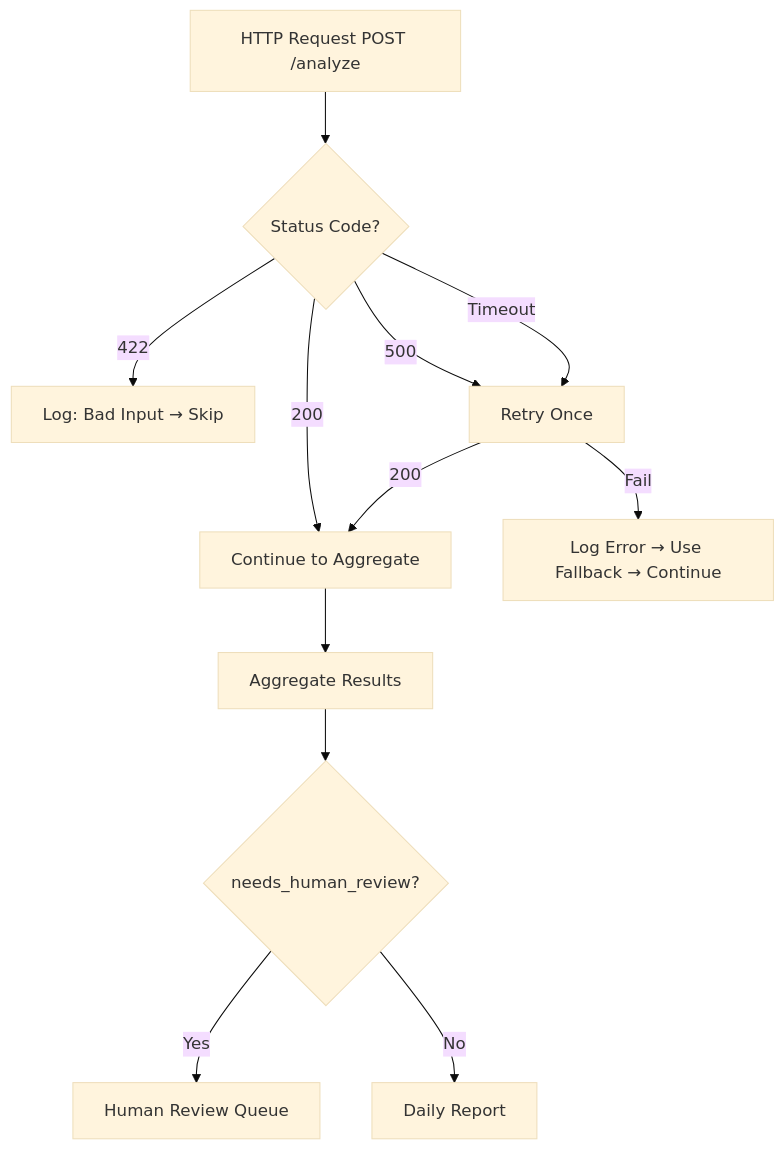
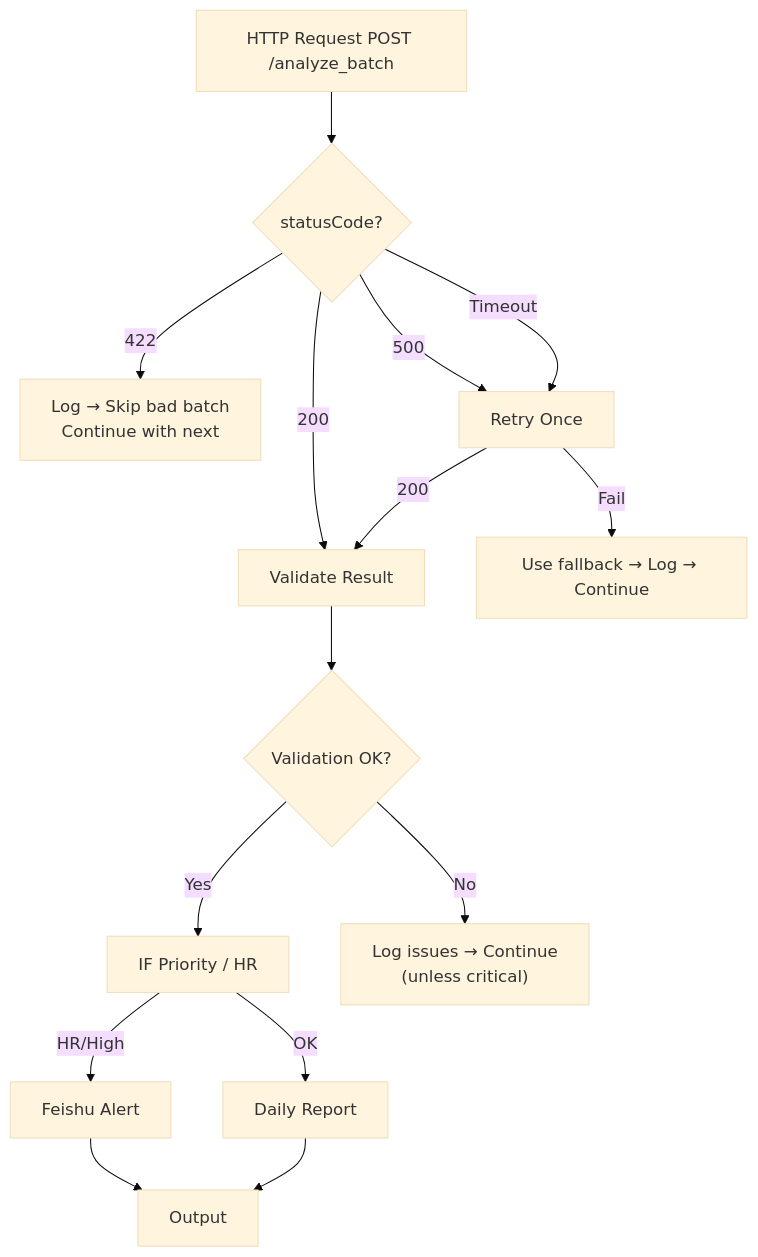
One commit to DGXSHDY1110/Ecommerce-Review-Agent changed the second of 2 diagrams in n8n/workflow_design.md. Above: the diagram before and after it, drawn with Mermaid (base theme). The commit also changed other lines of this file and 6 other files, not shown here.

````diff
--- a/n8n/workflow_design.md
+++ b/n8n/workflow_design.md
@@ -582,14 +530,17 @@
 ```mermaid
 graph TD
-    HTTP["HTTP Request POST /analyze"] --> CHECK{"Status Code?"}
-    CHECK -->|200| OK["Continue to Aggregate"]
-    CHECK -->|422| LOG422["Log: Bad Input → Skip"]
+    BATCH["HTTP Request POST /analyze_batch"] --> CHECK{"statusCode?"}
+    CHECK -->|200| VAL["Validate Result"]
+    CHECK -->|422| SKIP["Log → Skip bad batch<br/>Continue with next"]
     CHECK -->|500| RETRY["Retry Once"]
     CHECK -->|Timeout| RETRY
-    RETRY -->|200| OK
-    RETRY -->|Fail| FALLBACK["Log Error → Use Fallback → Continue"]
-    OK --> AGG["Aggregate Results"]
-    AGG --> HR{"needs_human_review?"}
-    HR -->|Yes| QUEUE["Human Review Queue"]
-    HR -->|No| REPORT["Daily Report"]
+    RETRY -->|200| VAL
+    RETRY -->|Fail| FB["Use fallback → Log → Continue"]
+    VAL --> VCHECK{"Validation OK?"}
+    VCHECK -->|Yes| IF["IF Priority / HR"]
+    VCHECK -->|No| LOG["Log issues → Continue<br/>(unless critical)"]
+    IF -->|HR/High| ALERT["Feishu Alert"]
+    IF -->|OK| REPORT["Daily Report"]
+    ALERT --> OUT["Output"]
+    REPORT --> OUT
 ```
````
